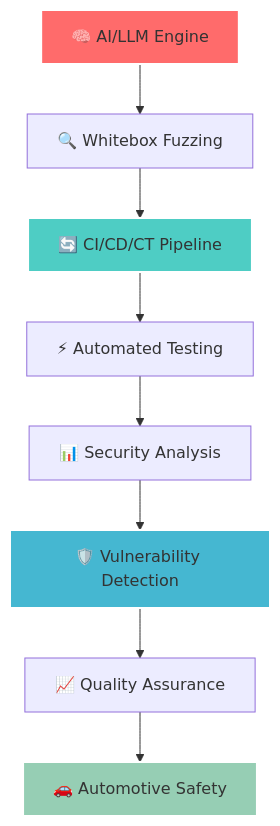
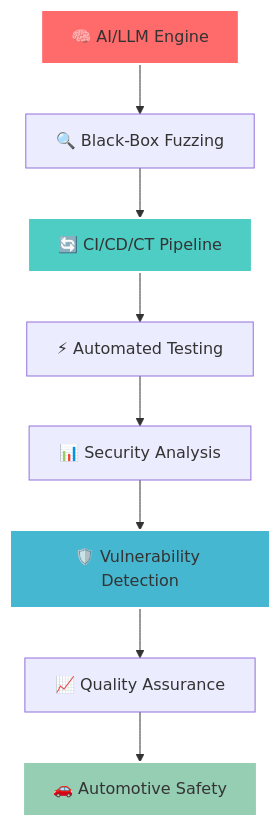
Before and after one commit to DARREN-2000/DARREN-2000: the second of 3 diagrams in README.md, drawn with Mermaid. The commit also changed other lines of this file, not shown here.

````diff
--- a/README.md
+++ b/README.md
@@ -82,15 +134,15 @@
 ```mermaid
 graph TD
-    A[🧠 AI/LLM Engine] --> B[🔍 Whitebox Fuzzing]
+    A[🧠 AI/LLM Engine] --> B[🔍 Black-Box Fuzzing]
     B --> C[🔄 CI/CD/CT Pipeline]
     C --> D[⚡ Automated Testing]
     D --> E[📊 Security Analysis]
     E --> F[🛡️ Vulnerability Detection]
     F --> G[📈 Quality Assurance]
     G --> H[🚗 Automotive Safety]
-    
+
     style A fill:#FF6B6B,stroke:#fff,stroke-width:2px
     style C fill:#4ECDC4,stroke:#fff,stroke-width:2px
     style F fill:#45B7D1,stroke:#fff,stroke-width:2px
     style H fill:#96CEB4,stroke:#fff,stroke-width:2px
 ```
````
